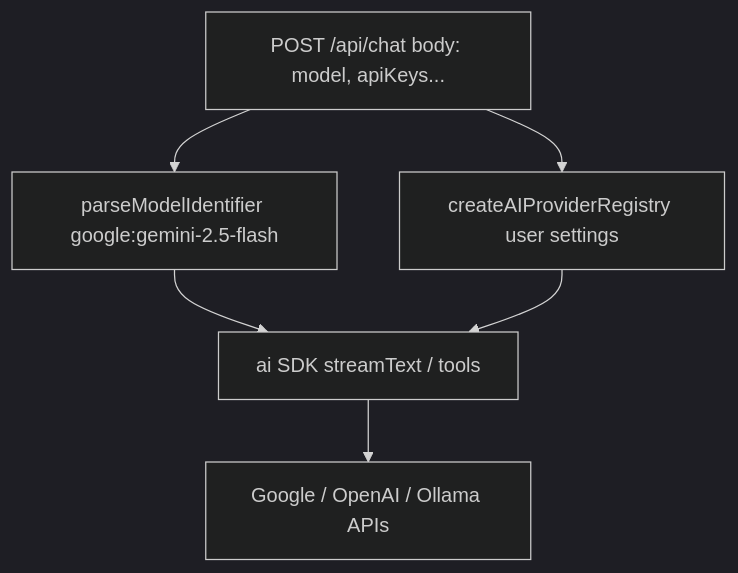
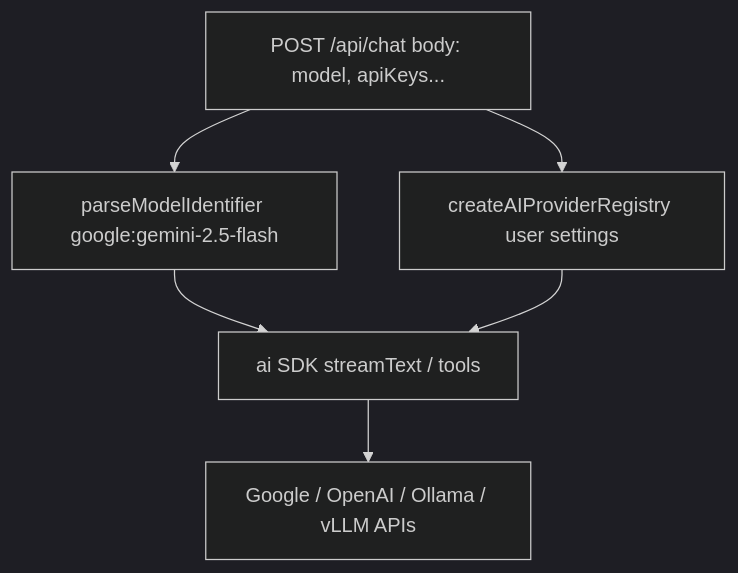
Before and after one commit to EduAI-Lab/EduAI: the second of 8 diagrams in docs/ARCHITECTURE.md, drawn with Mermaid (dark theme). The commit also changed other lines of this file and 7 other files, not shown here.

First line of the commit message:
docs: Update documentation for vLLM and Ollama integration

````diff
--- a/docs/ARCHITECTURE.md
+++ b/docs/ARCHITECTURE.md
@@ -86,12 +88,12 @@
 ```mermaid
 flowchart TD
   Req[POST /api/chat body: model, apiKeys...]
   Parse[parseModelIdentifier google:gemini-2.5-flash]
   Reg[createAIProviderRegistry user settings]
   SDK[ai SDK streamText / tools]
   Req --> Parse
   Req --> Reg
   Parse --> SDK
   Reg --> SDK
-  SDK --> Vendor[Google / OpenAI / Ollama APIs]
+  SDK --> Vendor[Google / OpenAI / Ollama / vLLM APIs]
 ```
````
